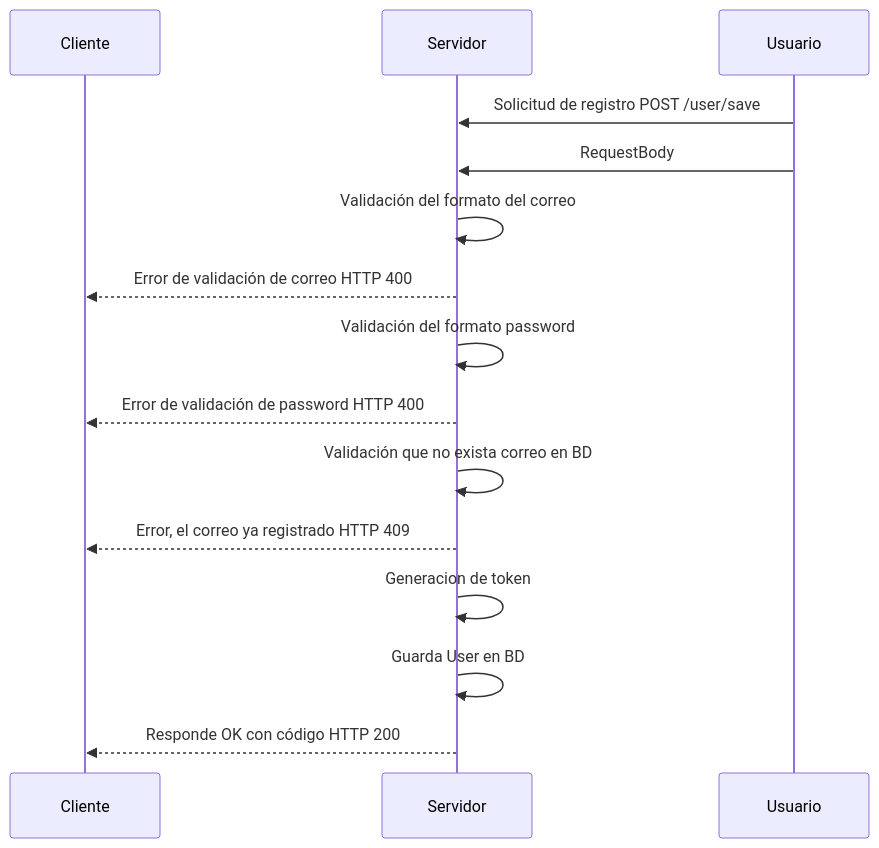
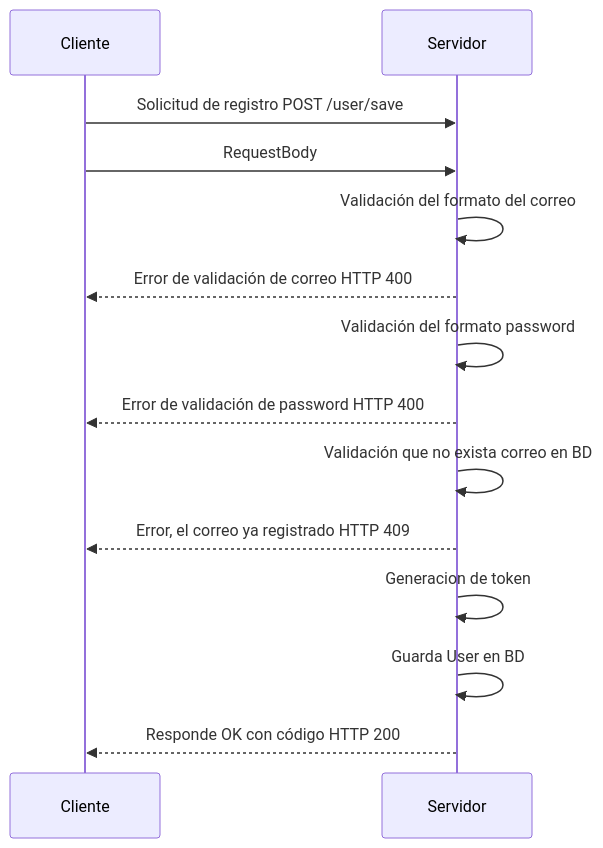
Before and after one commit to jhonatanMD/ms-user: the diagram in README.md, drawn with Mermaid.

````diff
--- a/README.md
+++ b/README.md
@@ -6,16 +6,16 @@
 ```mermaid
 sequenceDiagram
     participant Cliente
     participant Servidor
-    Usuario->>Servidor: Solicitud de registro POST /user/save
-    Usuario->>Servidor: RequestBody
+    Cliente->>Servidor: Solicitud de registro POST /user/save
+    Cliente->>Servidor: RequestBody
     Servidor->>Servidor: Validación del formato del correo
     Servidor-->>Cliente: Error de validación de correo HTTP 400
     Servidor->>Servidor: Validación del formato password
     Servidor-->>Cliente: Error de validación de password HTTP 400
     Servidor->>Servidor: Validación que no exista correo en BD
     Servidor-->>Cliente: Error, el correo ya registrado HTTP 409
     Servidor->>Servidor: Generacion de token
     Servidor->>Servidor: Guarda User en BD
     Servidor-->>Cliente: Responde OK con código HTTP 200
 ```
````
